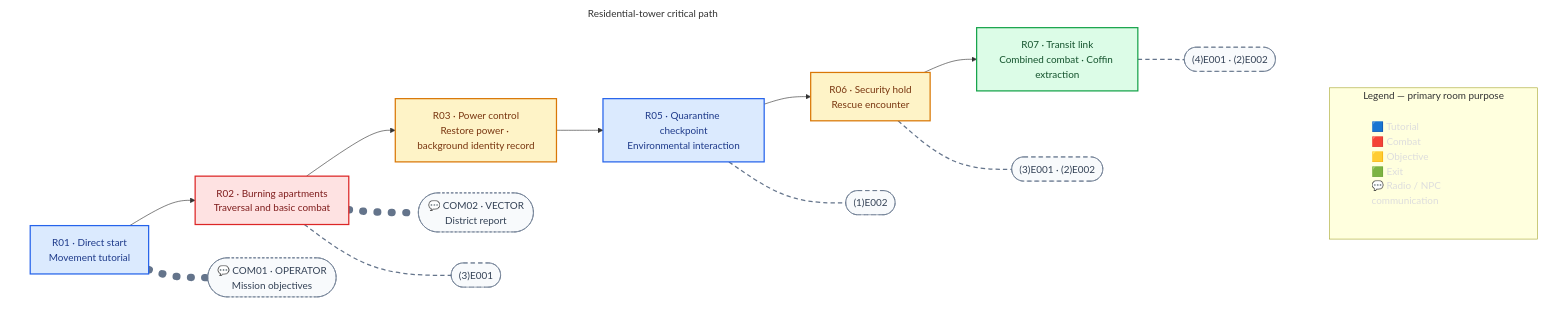
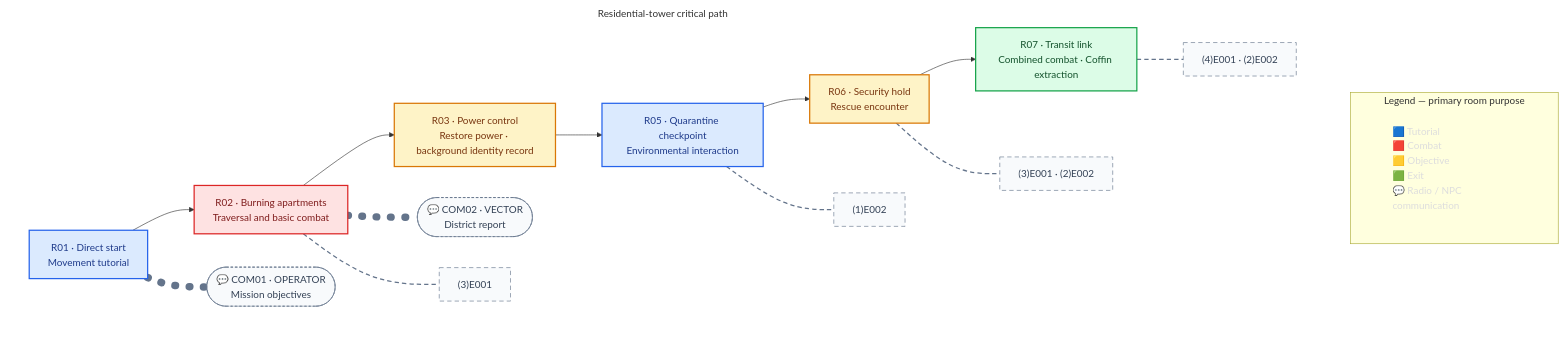
The diagram in missions/m01.md (justgook/imprint-zero), drawn with Mermaid before and after one commit. The commit also changed other lines of this file, not shown here.

Commit message:
🎨(missions): square off M01 enemy blocks

````diff
--- a/missions/m01.md
+++ b/missions/m01.md
@@ -20,47 +20,47 @@
 ```mermaid
 flowchart TB
     subgraph Legend[Legend — primary room purpose]
         L["🟦 Tutorial<br/>🟥 Combat<br/>🟨 Objective<br/>🟩 Exit<br/>💬 Radio / NPC communication"]
     end
 
     subgraph Route[Residential-tower critical path]
         direction LR
         R01["R01 · Direct start<br/>Movement tutorial"] --> R02["R02 · Burning apartments<br/>Traversal and basic combat"]
         R02 --> R03["R03 · Power control<br/>Restore power · background identity record"]
         R03 --> R05["R05 · Quarantine checkpoint<br/>Environmental interaction"]
         R05 --> R06["R06 · Security hold<br/>Rescue encounter"]
         R06 --> R07["R07 · Transit link<br/>Combined combat · Coffin extraction"]
 
         R01 -.- COM01(["💬 COM01 · OPERATOR<br/>Mission objectives"])
         R02 -.- COM02(["💬 COM02 · VECTOR<br/>District report"])
 
-        R02 -.- R02EN(["(3)E001"])
-        R05 -.- R05EN(["(1)E002"])
-        R06 -.- R06EN(["(3)E001 · (2)E002"])
-        R07 -.- R07EN(["(4)E001 · (2)E002"])
+        R02 -.- R02EN["(3)E001"]
+        R05 -.- R05EN["(1)E002"]
+        R06 -.- R06EN["(3)E001 · (2)E002"]
+        R07 -.- R07EN["(4)E001 · (2)E002"]
     end
 
     click COM01 href "#/locale/en/dialogue.po?entry=dialogue.m01.com01"
     click COM02 href "#/locale/en/dialogue.po?entry=dialogue.m01.com02"
     click R02EN href "#/enemies/e001"
     click R05EN href "#/enemies/e002"
 
     classDef tutorial fill:#dbeafe,stroke:#2563eb,color:#1e3a8a,stroke-width:2px;
     classDef combat fill:#fee2e2,stroke:#dc2626,color:#7f1d1d,stroke-width:2px;
     classDef objective fill:#fef3c7,stroke:#d97706,color:#78350f,stroke-width:2px;
     classDef exit fill:#dcfce7,stroke:#16a34a,color:#14532d,stroke-width:2px;
     classDef communication fill:#f8fafc,stroke:#64748b,color:#334155,stroke-width:1px,stroke-dasharray:4 3;
     classDef enemy fill:#f8fafc,stroke:#64748b,color:#334155,stroke-width:1px,stroke-dasharray:7 5;
     classDef legend fill:none,stroke:none,color:#ddd,text-align:left;
 
     class R01,R05 tutorial;
     class R02 combat;
     class R03,R06 objective;
     class R07 exit;
     class COM01,COM02 communication;
     class R02EN,R05EN,R06EN,R07EN enemy;
     class L legend;
     linkStyle 5,6 stroke:#64748b,stroke-width:12px,stroke-dasharray:1 22,stroke-linecap:round;
     linkStyle 7,8,9,10 stroke:#64748b,stroke-width:2px,stroke-dasharray:7 5;
     style Route fill:none,stroke:none;
 ```
````
